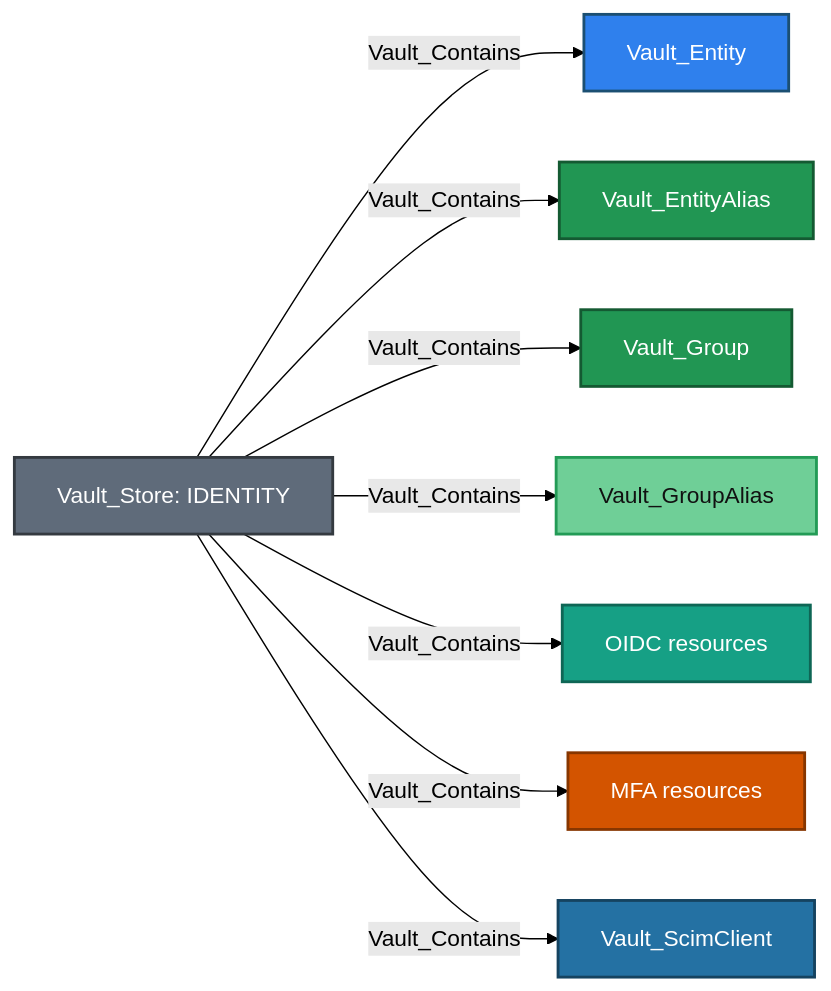
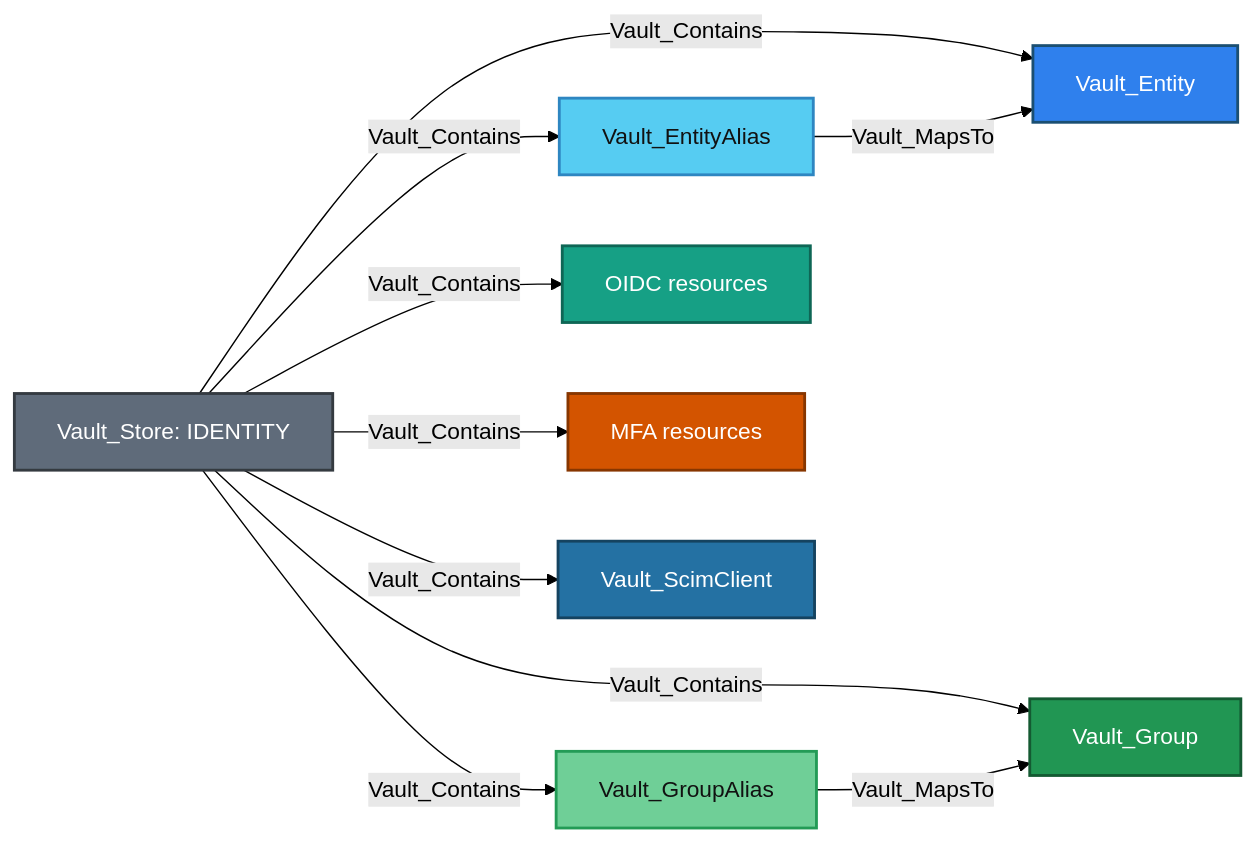
The first of 14 diagrams in Documentation/stores/IDENTITY.md (bytewreck/opengraph-vault), drawn with Mermaid (forest theme) before and after one commit.

````diff
--- a/Documentation/stores/IDENTITY.md
+++ b/Documentation/stores/IDENTITY.md
@@ -24,19 +24,21 @@
 ```mermaid
 flowchart LR
     store[Vault_Store: IDENTITY]:::storeNode -->|Vault_Contains| VE[Vault_Entity]:::entityNode
-    store -->|Vault_Contains| EA[Vault_EntityAlias]:::groupNode
+    store -->|Vault_Contains| EA[Vault_EntityAlias]:::entityAliasNode
+    EA -->|Vault_MapsTo| VE
     store -->|Vault_Contains| VG[Vault_Group]:::groupNode
     store -->|Vault_Contains| GA[Vault_GroupAlias]:::groupAliasNode
+    GA -->|Vault_MapsTo| VG
     store -->|Vault_Contains| oidc[OIDC resources]:::oidcNode
     store -->|Vault_Contains| mfa[MFA resources]:::mfaNode
     store -->|Vault_Contains| scim[Vault_ScimClient]:::scimNode
 
     classDef storeNode fill:#5F6B7A,color:#fff,stroke:#343A40,stroke-width:2px
     classDef entityNode fill:#2F80ED,color:#fff,stroke:#1B4F72,stroke-width:2px 
     classDef entityAliasNode fill:#56CCF2,color:#111,stroke:#2E86C1,stroke-width:2px
     classDef groupNode fill:#219653,color:#fff,stroke:#145A32,stroke-width:2px
     classDef groupAliasNode fill:#6FCF97,color:#111,stroke:#239B56,stroke-width:2px
     classDef oidcNode fill:#16A085,color:#fff,stroke:#0E6655,stroke-width:2px
     classDef mfaNode fill:#D35400,color:#fff,stroke:#873600,stroke-width:2px
     classDef scimNode fill:#2471A3,color:#fff,stroke:#154360,stroke-width:2px
 ```
````
